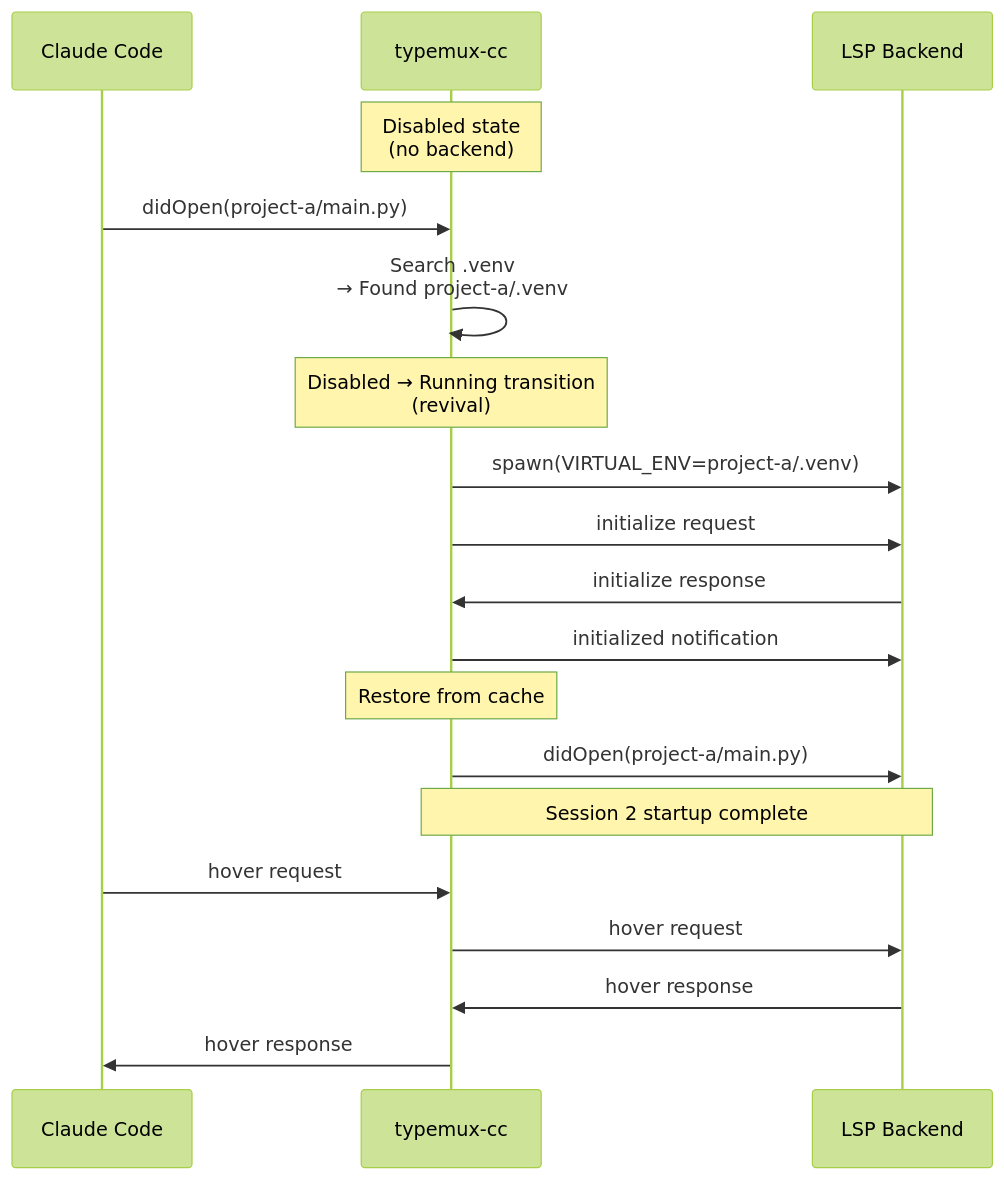
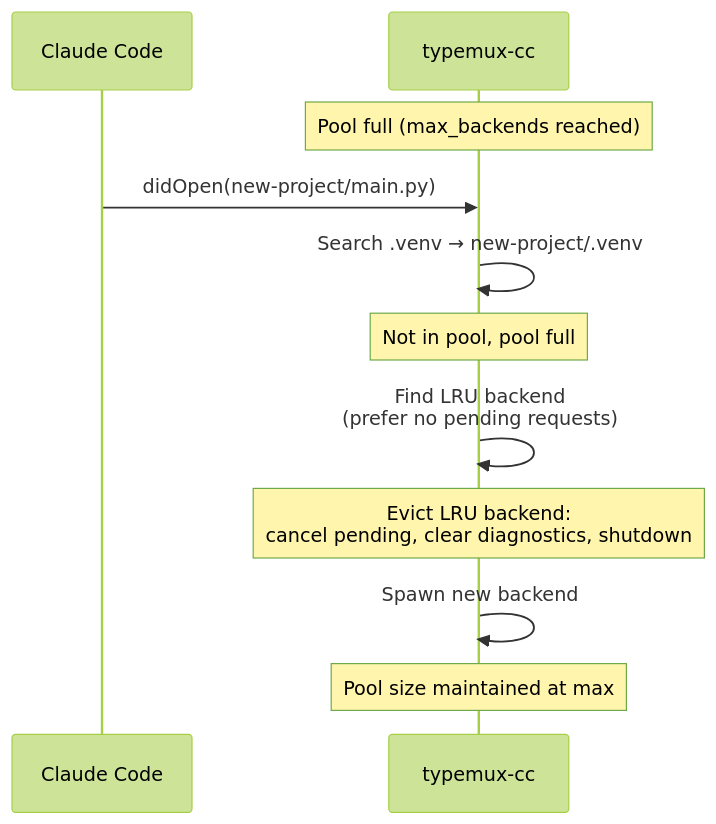
The fifth of 6 diagrams in ARCHITECTURE.md (K-dash/pyright-lsp-proxy), drawn with Mermaid (forest theme) before and after one commit. The commit also changed other lines of this file, not shown here.

First line of the commit message:
docs: rewrite ARCHITECTURE.md for multi-backend pool and warmup readiness (#14)

````diff
--- a/ARCHITECTURE.md
+++ b/ARCHITECTURE.md
@@ -196,27 +277,17 @@
 ```mermaid
 sequenceDiagram
     participant Client as Claude Code
     participant Proxy as typemux-cc
-    participant Backend as LSP Backend
 
-    Note over Proxy: Disabled state<br/>(no backend)
+    Note over Proxy: Pool full (max_backends reached)
 
-    Client->>Proxy: didOpen(project-a/main.py)
-    Proxy->>Proxy: Search .venv<br/>→ Found project-a/.venv
-    Note over Proxy: Disabled → Running transition<br/>(revival)
+    Client->>Proxy: didOpen(new-project/main.py)
+    Proxy->>Proxy: Search .venv → new-project/.venv
+    Note over Proxy: Not in pool, pool full
 
-    Proxy->>Backend: spawn(VIRTUAL_ENV=project-a/.venv)
-    Proxy->>Backend: initialize request
-    Backend->>Proxy: initialize response
-    Proxy->>Backend: initialized notification
+    Proxy->>Proxy: Find LRU backend<br/>(prefer no pending requests)
+    Note over Proxy: Evict LRU backend:<br/>cancel pending, clear diagnostics, shutdown
 
-    Note over Proxy: Restore from cache
-    Proxy->>Backend: didOpen(project-a/main.py)
-
-    Note over Proxy,Backend: Session 2 startup complete
-
-    Client->>Proxy: hover request
-    Proxy->>Backend: hover request
-    Backend->>Proxy: hover response
-    Proxy->>Client: hover response
+    Proxy->>Proxy: Spawn new backend
+    Note over Proxy: Pool size maintained at max
 ```
````
